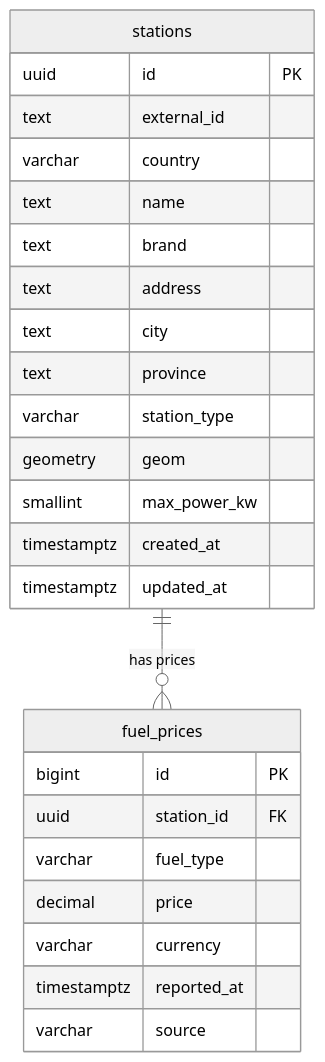
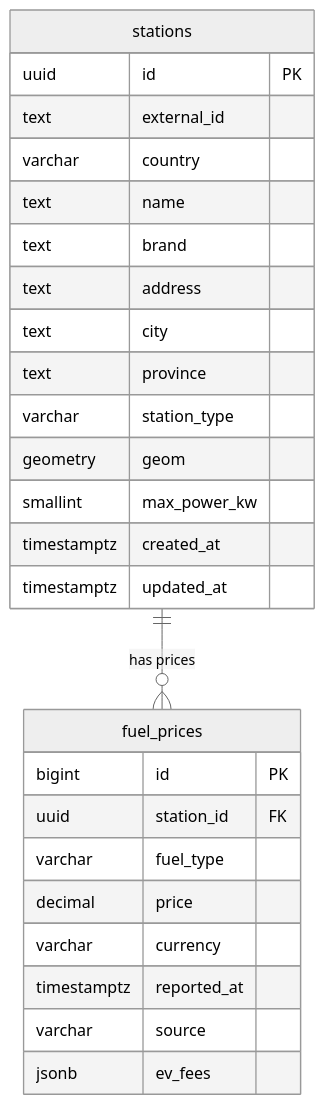
Before and after one commit to GeiserX/Pumperly: the diagram in docs/reference/data-model.md, drawn with Mermaid (neutral theme). The commit also changed other lines of this file and 49 other files, not shown here.

````diff
--- a/docs/reference/data-model.md
+++ b/docs/reference/data-model.md
@@ -10,28 +10,29 @@
 ```mermaid
 erDiagram
     stations ||--o{ fuel_prices : "has prices"
     stations {
         uuid id PK
         text external_id
         varchar country
         text name
         text brand
         text address
         text city
         text province
         varchar station_type
         geometry geom
         smallint max_power_kw
         timestamptz created_at
         timestamptz updated_at
     }
     fuel_prices {
         bigint id PK
         uuid station_id FK
         varchar fuel_type
         decimal price
         varchar currency
         timestamptz reported_at
         varchar source
+        jsonb ev_fees
     }
 ```
````
